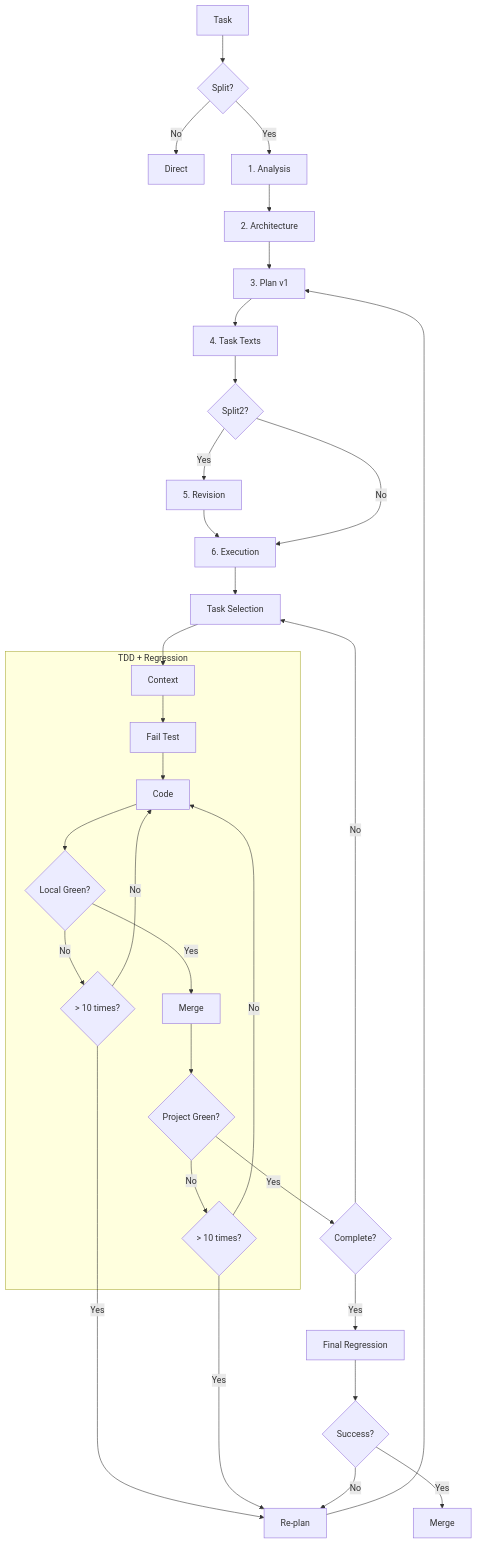
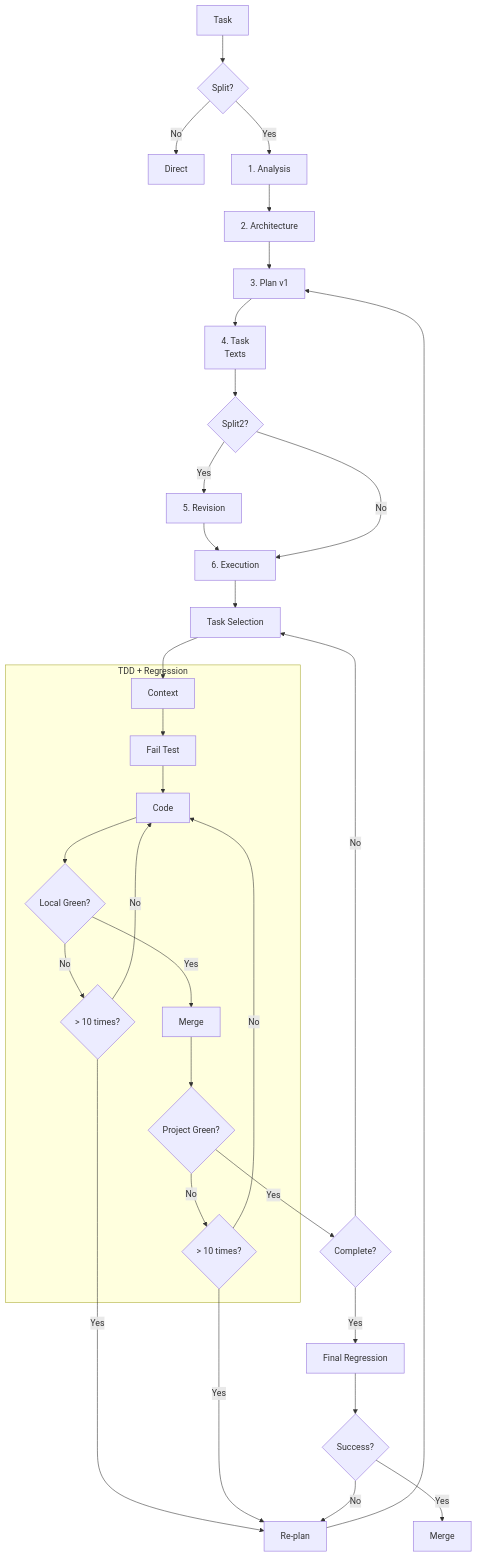
The diagram in README.en.md (SpIvanM/split-first-tdd-agent-orchestration-framework), drawn with Mermaid before and after one commit. The commit also changed 1 other file, not shown here.

Commit message:
docs: fix mermaid diagram formatting in README files for better readability

````diff
--- a/README.en.md
+++ b/README.en.md
@@ -97,49 +97,49 @@
 ```mermaid
 graph TD
     A["Task"] --> B{"Split?"}
     B -- "No" --> C["Direct"]
     B -- "Yes" --> D["1. Analysis"]
     D --> E["2. Architecture"]
     E --> F["3. Plan v1"]
-    F --> G["4. Task Texts"]
+    F --> G["4. Task<br/>Texts"]
     G --> H{"Split2?"}
     H -- "Yes" --> I["5. Revision"]
     I --> J["6. Execution"]
     H -- "No" --> J
     
     T["Re-plan"] --> F
     
     J --> K["Task Selection"]
     K --> L["Context"]
     
     subgraph "TDD + Regression"
         L
         M
         N
         O
         O1
         P
         Q
         Q1
     end
     
     L --> M["Fail Test"]
     M --> N["Code"]
     N --> O{"Local Green?"}
     O -- "No" --> O1{"> 10 times?"}
     O1 -- "No" --> N
     O1 -- "Yes" --> T
     O -- "Yes" --> P["Merge"]
     P --> Q{"Project Green?"}
     Q -- "No" --> Q1{"> 10 times?"}
     Q1 -- "No" --> N
     Q1 -- "Yes" --> T
     
     Q -- "Yes" --> R{"Complete?"}
     R -- "No" --> K
     
     R -- "Yes" --> U["Final Regression"]
     U --> W{"Success?"}
     W -- "No" --> T
     W -- "Yes" --> V["Merge"]
 ```
````
